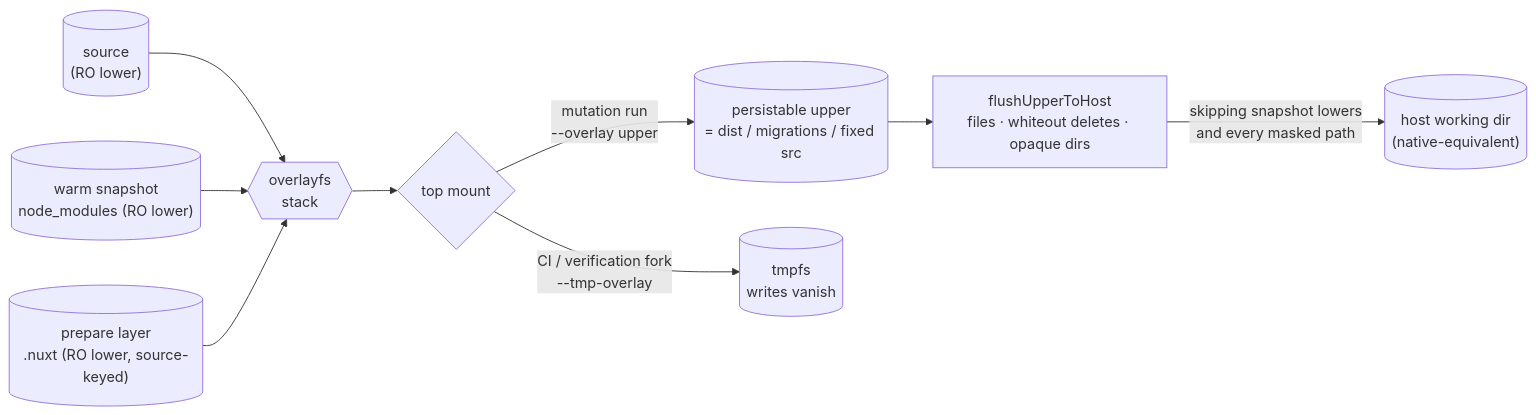
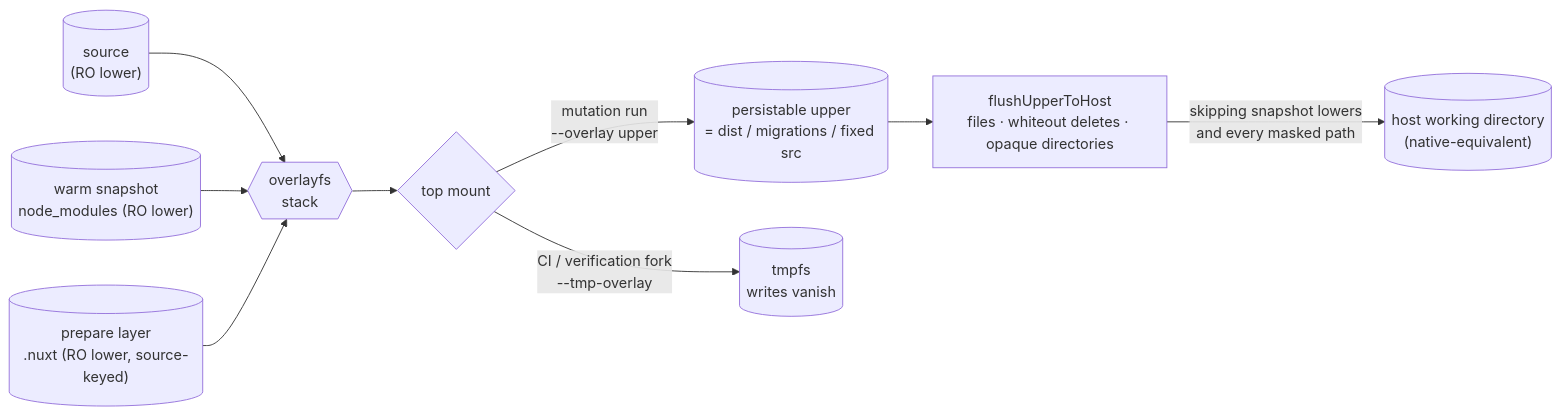
One commit to Esposter/Esposter changed the diagram in apps/web/content/docs/virrun/write-back.md. Above: the diagram before and after it, drawn with Mermaid. The commit also changed other lines of this file and 159 other files, not shown here.

First line of the commit message:
refactor(virrun)!: spell Directory in every identifier that said Dir

````diff
--- a/apps/web/content/docs/virrun/write-back.md
+++ b/apps/web/content/docs/virrun/write-back.md
@@ -18,13 +18,13 @@
 ```mermaid
 flowchart LR
     src[("source<br/>(RO lower)")] --> ov{{"overlayfs<br/>stack"}}
     snap[("warm snapshot<br/>node_modules (RO lower)")] --> ov
     prep[("prepare layer<br/>.nuxt (RO lower, source-keyed)")] --> ov
 
     ov --> top{"top mount"}
     top -->|"mutation run<br/>--overlay upper"| up[("persistable upper<br/>= dist / migrations / fixed src")]
     top -->|"CI / verification fork<br/>--tmp-overlay"| vanish[("tmpfs<br/>writes vanish")]
 
-    up --> flush["flushUpperToHost<br/>files · whiteout deletes · opaque dirs"]
-    flush -->|"skipping snapshot lowers<br/>and every masked path"| host[("host working dir<br/>(native-equivalent)")]
+    up --> flush["flushUpperToHost<br/>files · whiteout deletes · opaque directories"]
+    flush -->|"skipping snapshot lowers<br/>and every masked path"| host[("host working directory<br/>(native-equivalent)")]
 ```
````
